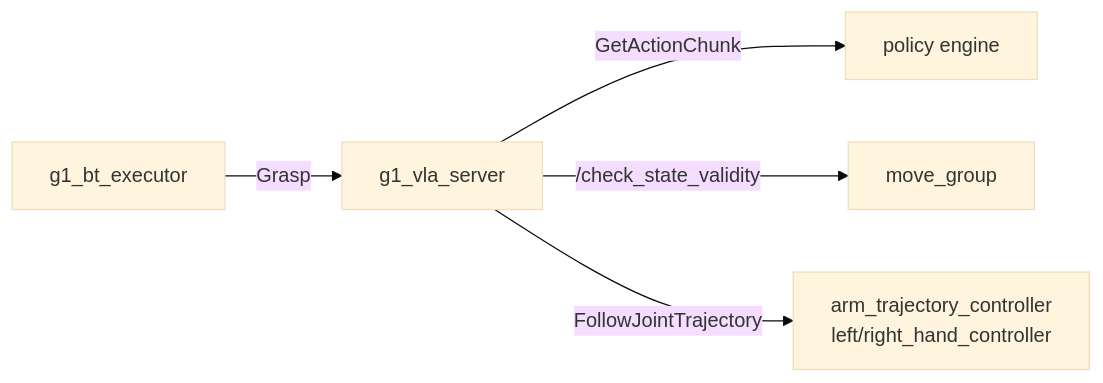
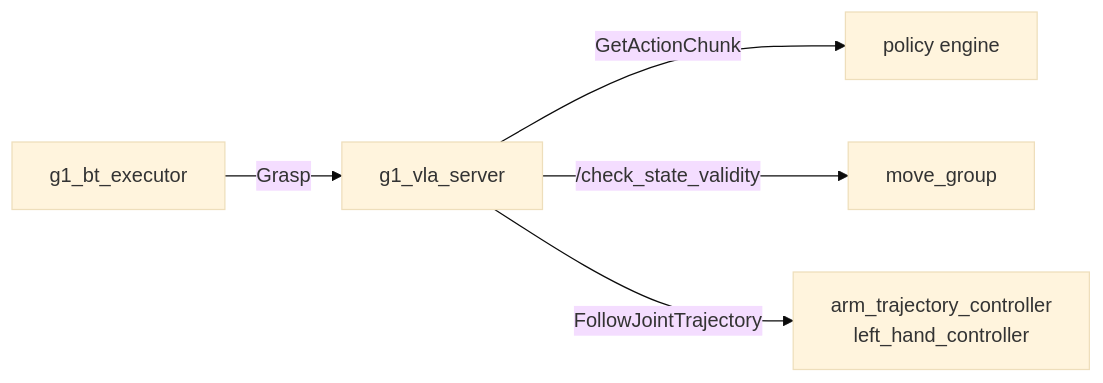
One commit to Mertsr/merts-g1-dex5 changed the diagram in workspace/src/g1_vla/README.md. Above: the diagram before and after it, drawn with Mermaid (base theme). The commit also changed 39 other files, not shown here.

````diff
--- a/workspace/src/g1_vla/README.md
+++ b/workspace/src/g1_vla/README.md
@@ -10,7 +10,7 @@
 ```mermaid
 flowchart LR
     BT["g1_bt_executor"] -- "Grasp" --> S["g1_vla_server"]
     S -- "GetActionChunk" --> E["policy engine"]
     S -- "/check_state_validity" --> MG["move_group"]
-    S -- "FollowJointTrajectory" --> C["arm_trajectory_controller<br/>left/right_hand_controller"]
+    S -- "FollowJointTrajectory" --> C["arm_trajectory_controller<br/>left_hand_controller"]
 ```
````
